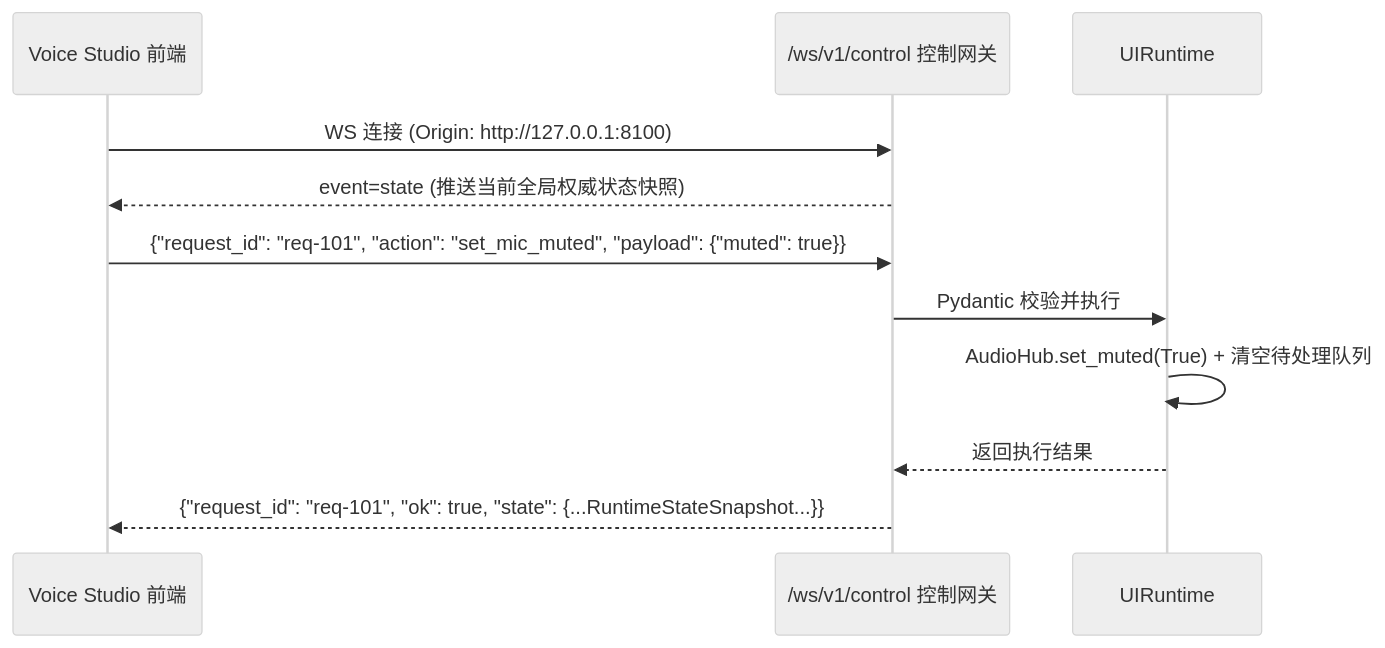
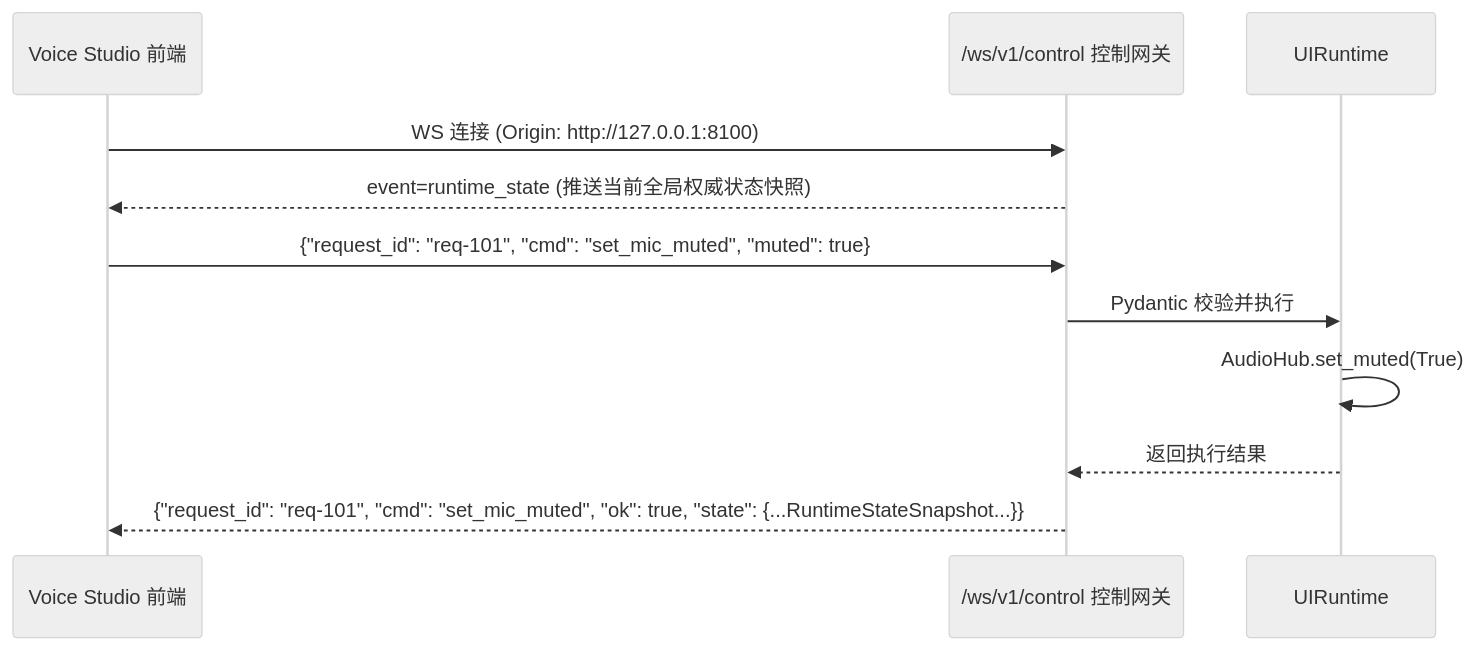
Before and after one commit to hrygo/voice-realtime: diagram 12 of 13 in docs/系统总体架构与详细设计方案.md, drawn with Mermaid (neutral theme). The commit also changed other lines of this file and 8 other files, not shown here.

Commit message:
docs(architecture): 审查校对系统总体架构方案并完善会议面板交互体验

````diff
--- a/docs/系统总体架构与详细设计方案.md
+++ b/docs/系统总体架构与详细设计方案.md
@@ -611,15 +637,15 @@
 ```mermaid
 sequenceDiagram
     participant UI as Voice Studio 前端
     participant GW as /ws/v1/control 控制网关
     participant RT as UIRuntime
 
     UI->>GW: WS 连接 (Origin: http://127.0.0.1:8100)
-    GW-->>UI: event=state (推送当前全局权威状态快照)
+    GW-->>UI: event=runtime_state (推送当前全局权威状态快照)
 
-    UI->>GW: {"request_id": "req-101", "action": "set_mic_muted", "payload": {"muted": true}}
+    UI->>GW: {"request_id": "req-101", "cmd": "set_mic_muted", "muted": true}
     GW->>RT: Pydantic 校验并执行
-    RT->>RT: AudioHub.set_muted(True) + 清空待处理队列
+    RT->>RT: AudioHub.set_muted(True)
     RT-->>GW: 返回执行结果
-    GW-->>UI: {"request_id": "req-101", "ok": true, "state": {...RuntimeStateSnapshot...}}
+    GW-->>UI: {"request_id": "req-101", "cmd": "set_mic_muted", "ok": true, "state": {...RuntimeStateSnapshot...}}
 ```
````
